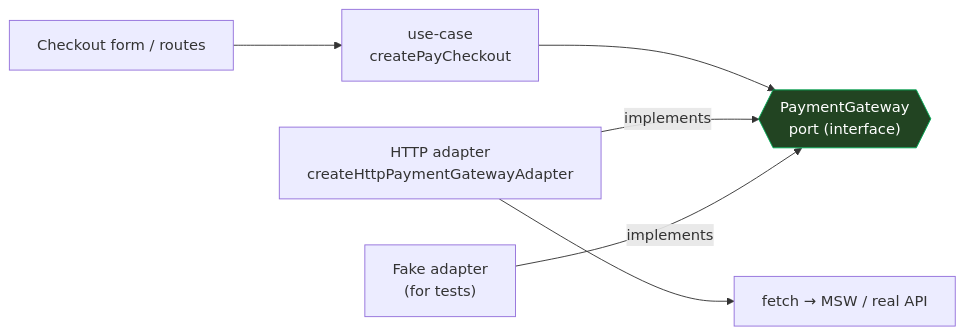
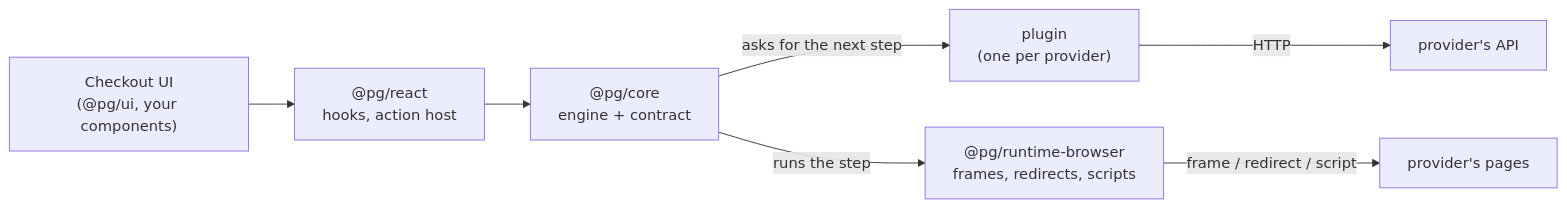
One commit to themafia98/payment-gateway changed the first of 3 diagrams in docs/architecture.md. Above: the diagram before and after it, drawn with Mermaid. The commit also changed other lines of this file and 4 other files, not shown here.

````diff
--- a/docs/architecture.md
+++ b/docs/architecture.md
@@ -80,17 +43,9 @@
 ```mermaid
 flowchart LR
-    form["Checkout form / routes"]
-    usecase["use-case<br/>createPayCheckout"]
-    port{{"PaymentGateway<br/>port (interface)"}}
-    http["HTTP adapter<br/>createHttpPaymentGatewayAdapter"]
-    fake["Fake adapter<br/>(for tests)"]
-    net["fetch → MSW / real API"]
-
-    form --> usecase --> port
-    http -->|implements| port
-    fake -->|implements| port
-    http --> net
-
-    classDef iface fill:#242,stroke:#0a5,color:#fff;
-    class port iface;
+    UI["Checkout UI<br/>(@pg/ui, your components)"] --> R["@pg/react<br/>hooks, action host"]
+    R --> E["@pg/core<br/>engine + contract"]
+    E -->|"asks for the next step"| P["plugin<br/>(one per provider)"]
+    E -->|"runs the step"| RN["@pg/runtime-browser<br/>frames, redirects, scripts"]
+    P -->|"HTTP"| API["provider's API"]
+    RN -->|"frame / redirect / script"| BANK["provider's pages"]
 ```
````
